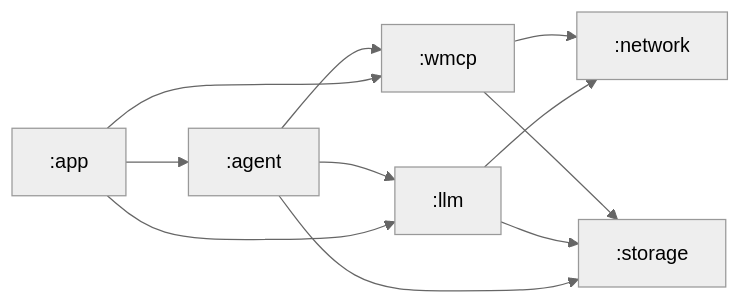
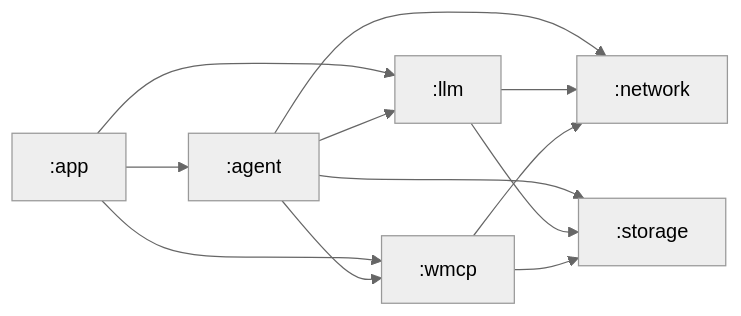
The second of 3 diagrams in docs/archive/v0.1/workbench-android-architecture.md (lulufoo/lulu-spark), drawn with Mermaid (neutral theme) before and after one commit. The commit also changed other lines of this file and 13 other files, not shown here.

````diff
--- a/docs/archive/v0.1/workbench-android-architecture.md
+++ b/docs/archive/v0.1/workbench-android-architecture.md
@@ -106,13 +110,14 @@
 ```mermaid
 flowchart LR
   app[":app"] --> agent[":agent"]
   app --> llm[":llm"]
   app --> wmcp[":wmcp"]
   agent --> llm
   agent --> wmcp
   agent --> store[":storage"]
-  llm --> net[":network"]
+  agent --> net[":network"]
+  llm --> net
   wmcp --> net
   llm --> store
   wmcp --> store
 ```
````
